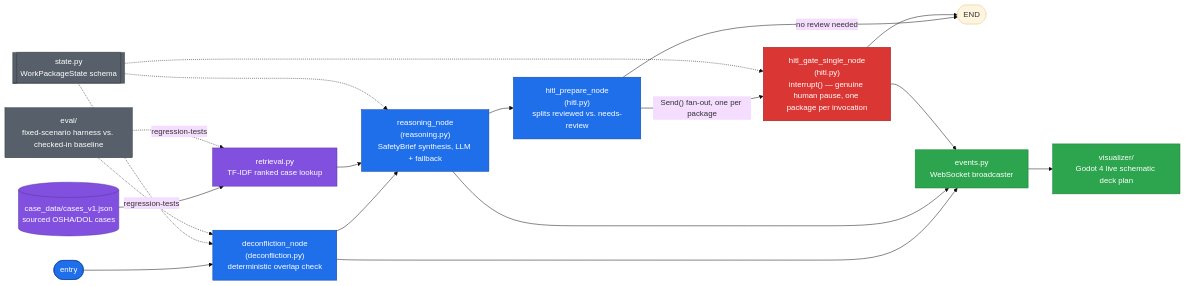
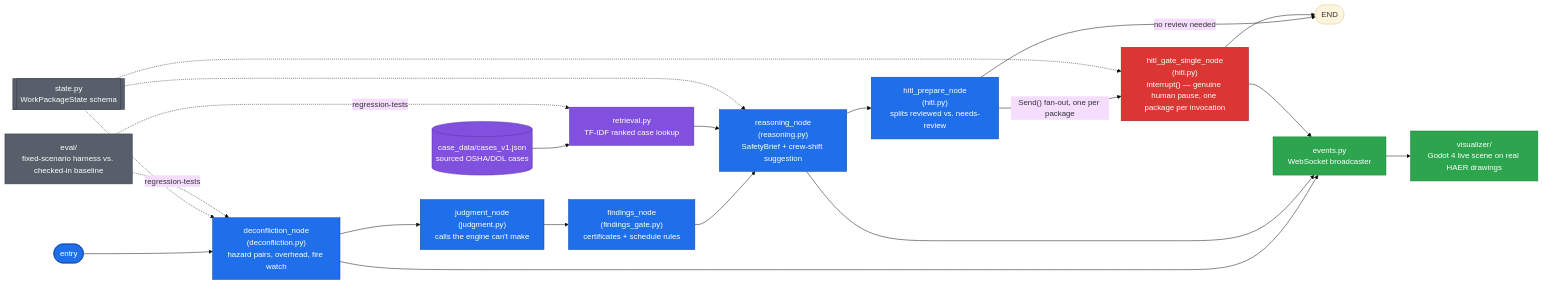
One commit to COSMOAGNOSTIC/Watchstander changed the diagram in ARCHITECTURE.md. Above: the diagram before and after it, drawn with Mermaid (base theme). The commit also changed other lines of this file and 6 other files, not shown here.

First line of the commit message:
Docs sync: README, ARCHITECTURE, MIGRATION, SECURITY, reviewer README match Sessions 1-9

````diff
--- a/ARCHITECTURE.md
+++ b/ARCHITECTURE.md
@@ -46,37 +55,39 @@
 ```mermaid
 flowchart LR
     classDef core fill:#1f6feb,stroke:#0d419d,color:#fff,stroke-width:1px
     classDef gate fill:#da3633,stroke:#8e1c1a,color:#fff,stroke-width:1px
     classDef data fill:#8250df,stroke:#5a32a3,color:#fff,stroke-width:1px
     classDef live fill:#2da44e,stroke:#1a7f37,color:#fff,stroke-width:1px
     classDef schema fill:#57606a,stroke:#32383f,color:#fff,stroke-width:1px
 
-    Entry(["entry"]) --> Deconf["deconfliction_node<br/>(deconfliction.py)<br/>deterministic overlap check"]
-    Deconf --> Reason["reasoning_node<br/>(reasoning.py)<br/>SafetyBrief synthesis, LLM + fallback"]
+    Entry(["entry"]) --> Deconf["deconfliction_node<br/>(deconfliction.py)<br/>hazard pairs, overhead, fire watch"]
+    Deconf --> Judg["judgment_node<br/>(judgment.py)<br/>calls the engine can't make"]
+    Judg --> Find["findings_node<br/>(findings_gate.py)<br/>certificates + schedule rules"]
+    Find --> Reason["reasoning_node<br/>(reasoning.py)<br/>SafetyBrief + crew-shift suggestion"]
     Reason --> HitlPrep["hitl_prepare_node<br/>(hitl.py)<br/>splits reviewed vs. needs-review"]
     HitlPrep -->|"no review needed"| End(["END"])
     HitlPrep -->|"Send() fan-out, one per package"| Hitl["hitl_gate_single_node<br/>(hitl.py)<br/>interrupt() — genuine human pause, one package per invocation"]
     Hitl --> End
 
-    class Entry,Deconf,Reason,HitlPrep core
+    class Entry,Deconf,Judg,Find,Reason,HitlPrep core
     class Hitl gate
 
     CaseData[("case_data/cases_v1.json<br/>sourced OSHA/DOL cases")] --> Retrieval["retrieval.py<br/>TF-IDF ranked case lookup"]
     Retrieval --> Reason
     class CaseData,Retrieval data
 
     State[["state.py<br/>WorkPackageState schema"]] -.-> Deconf
     State -.-> Reason
     State -.-> Hitl
     class State schema
 
     Deconf --> Events["events.py<br/>WebSocket broadcaster"]
     Reason --> Events
     Hitl --> Events
-    Events --> Viz["visualizer/<br/>Godot 4 live schematic deck plan"]
+    Events --> Viz["visualizer/<br/>Godot 4 live scene on real HAER drawings"]
     class Events,Viz live
 
     Eval["eval/<br/>fixed-scenario harness vs. checked-in baseline"] -.->|"regression-tests"| Deconf
     Eval -.->|"regression-tests"| Retrieval
     class Eval schema
 ```
````
